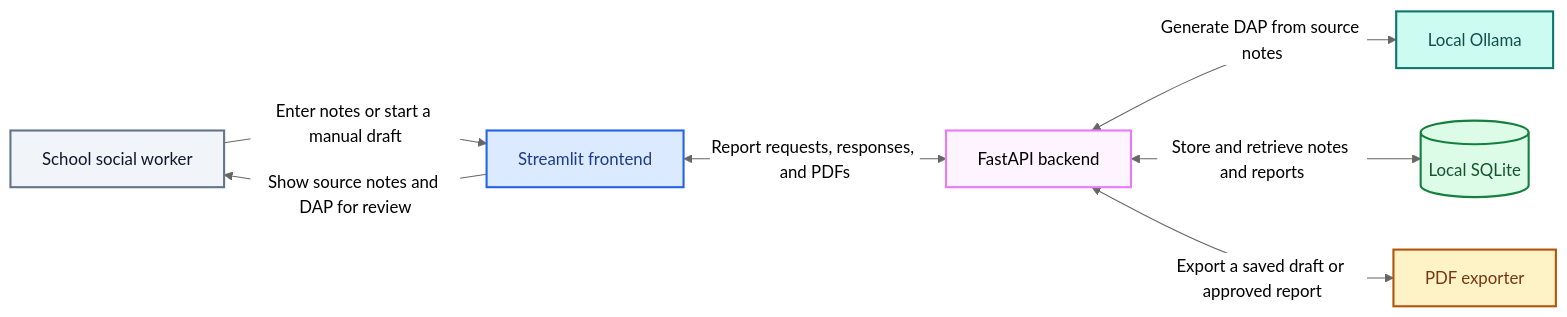
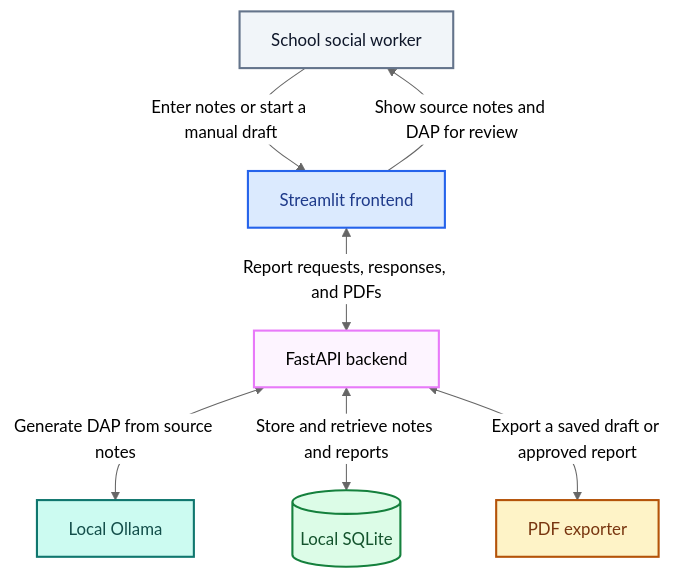
One commit to OllieOzzy/cmsc495-social-worker-ai-assistant changed the diagram in README.md. Above: the diagram before and after it, drawn with Mermaid (neutral theme).

Commit message:
Update repo diagram for top to bottom view.

````diff
--- a/README.md
+++ b/README.md
@@ -91,30 +91,30 @@
 ```mermaid
-flowchart LR
+flowchart TD
     Worker["School social worker"]
     UI["Streamlit frontend"]
     API["FastAPI backend"]
     AI["Local Ollama"]
     DB[("Local SQLite")]
     PDF["PDF exporter"]
 
     Worker -->|"Enter notes or start a manual draft"| UI
     UI -->|"Show source notes and DAP for review"| Worker
     UI <-->|"Report requests, responses, and PDFs"| API
     API <-->|"Generate DAP from source notes"| AI
     API <-->|"Store and retrieve notes and reports"| DB
     API <-->|"Export a saved draft or approved report"| PDF
 
     classDef user fill:#F1F5F9,stroke:#64748B,color:#0F172A,stroke-width:2px
     classDef frontend fill:#DBEAFE,stroke:#2563EB,color:#1E3A8A,stroke-width:2px
     classDef backend fill:#FDF4FF,stroke:#E879F9,color:#000000,stroke-width:2px
     classDef ai fill:#CCFBF1,stroke:#0F766E,color:#134E4A,stroke-width:2px
     classDef storage fill:#DCFCE7,stroke:#15803D,color:#14532D,stroke-width:2px
     classDef export fill:#FEF3C7,stroke:#B45309,color:#78350F,stroke-width:2px
 
     class Worker user
     class UI frontend
     class API backend
     class AI ai
     class DB storage
     class PDF export
 ```
````
